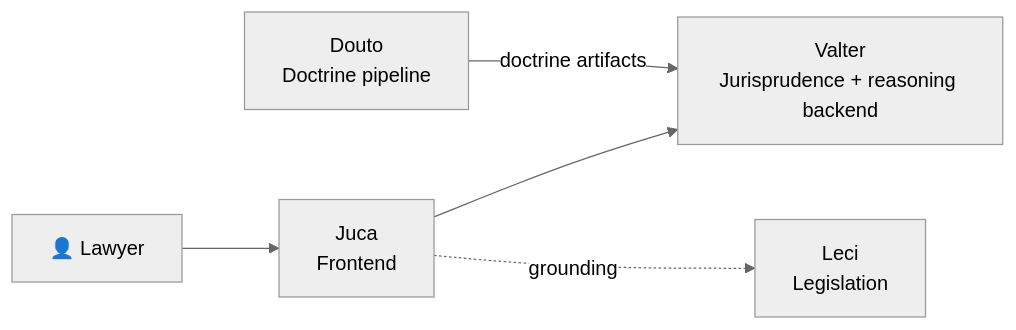
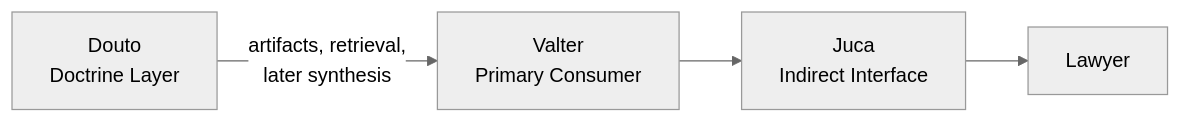
One commit to sensdiego/sens.legal changed the third of 8 diagrams in sites/douto/src/content/docs/architecture/diagrams.md. Above: the diagram before and after it, drawn with Mermaid (neutral theme). The commit also changed other lines of this file and 39 other files, not shown here.

First line of the commit message:
docs: sync douto and juca docs from source repos

````diff
--- a/sites/douto/src/content/docs/architecture/diagrams.md
+++ b/sites/douto/src/content/docs/architecture/diagrams.md
@@ -80,13 +80,11 @@
 ```mermaid
 graph LR
-    USER["👤 Lawyer"]
-    JU["Juca<br/>Frontend"]
-    VA["Valter<br/>Jurisprudence + reasoning backend"]
-    LE["Leci<br/>Legislation"]
-    DO["Douto<br/>Doctrine pipeline"]
+    DO["Douto<br/>Doctrine Layer"]
+    VA["Valter<br/>Primary Consumer"]
+    JU["Juca<br/>Indirect Interface"]
+    LW["Lawyer"]
 
-    USER --> JU
-    JU --> VA
-    JU -.->|"grounding"| LE
-    DO -->|"doctrine artifacts"| VA
+    DO -->|"artifacts, retrieval,<br/>later synthesis"| VA
+    VA --> JU
+    JU --> LW
 ```
````
